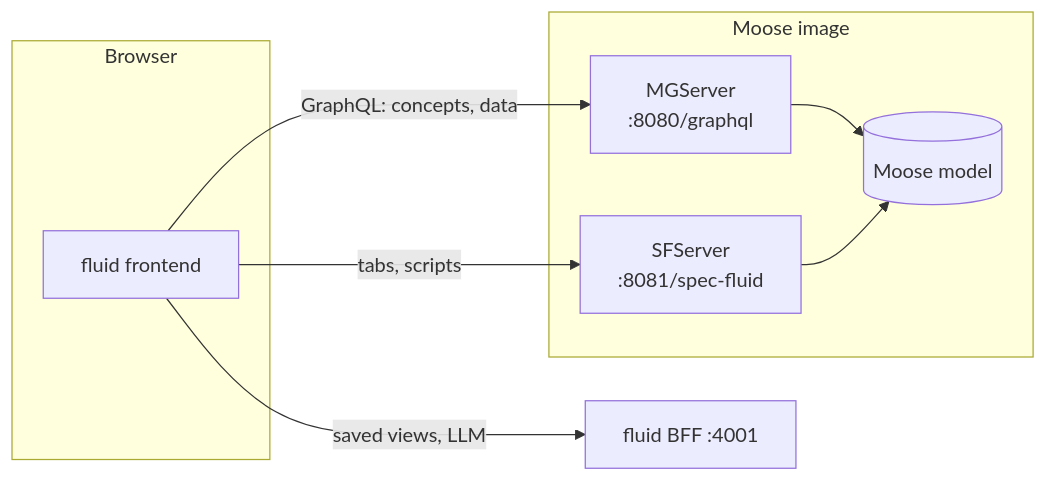
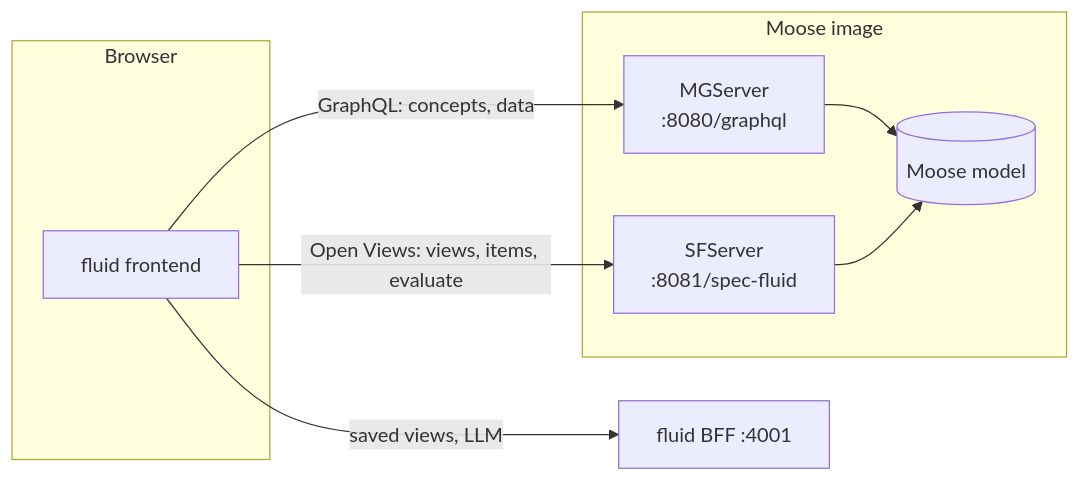
The diagram in docs/guides/moose-spec-fluid.md (badetitou/fluid), drawn with Mermaid before and after one commit. The commit also changed other lines of this file and 5 other files, not shown here.

First line of the commit message:
Document fluid Open Views and add a plain Node provider example (#48)

````diff
--- a/docs/guides/moose-spec-fluid.md
+++ b/docs/guides/moose-spec-fluid.md
@@ -21,16 +26,16 @@
 ```mermaid
 flowchart LR
     subgraph Browser
       F[fluid frontend]
     end
     subgraph Pharo["Moose image"]
       MG["MGServer<br/>:8080/graphql"]
       SF["SFServer<br/>:8081/spec-fluid"]
       M[(Moose model)]
       MG --> M
       SF --> M
     end
     F -->|GraphQL: concepts, data| MG
-    F -->|tabs, scripts| SF
+    F -->|Open Views: views, items, evaluate| SF
     F -->|saved views, LLM| B[fluid BFF :4001]
 ```
````
